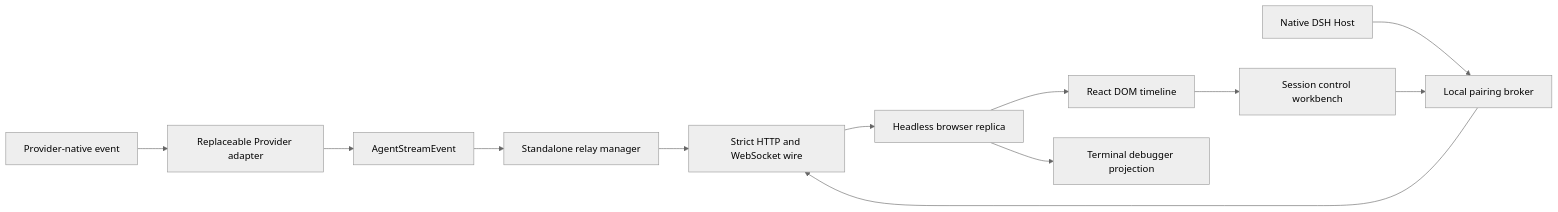
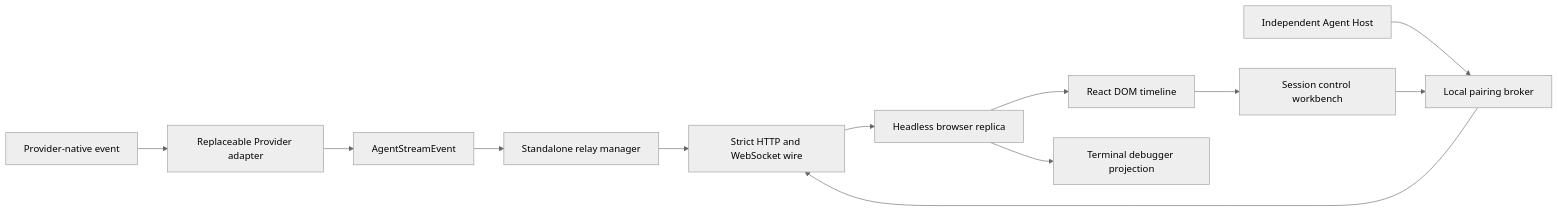
Before and after one commit to xuangong/agent-remote-control: the first of 2 diagrams in docs/current/agent-remote/README.md, drawn with Mermaid (neutral theme). The commit also changed other lines of this file and 47 other files, not shown here.

Commit message:
Run native CLI providers through an independent Agent Host

````diff
--- a/docs/current/agent-remote/README.md
+++ b/docs/current/agent-remote/README.md
@@ -25,14 +25,14 @@
 ```mermaid
 flowchart LR
   native["Provider-native event"] --> provider["Replaceable Provider adapter"]
   provider --> stream["AgentStreamEvent"]
   stream --> relay["Standalone relay manager"]
   relay --> wire["Strict HTTP and WebSocket wire"]
   wire --> replica["Headless browser replica"]
   replica --> renderer["React DOM timeline"]
   replica --> debugger["Terminal debugger projection"]
   renderer --> lab["Session control workbench"]
-  host["Native DSH Host"] --> broker["Local pairing broker"]
+  host["Independent Agent Host"] --> broker["Local pairing broker"]
   broker --> wire
   lab --> broker
 ```
````
